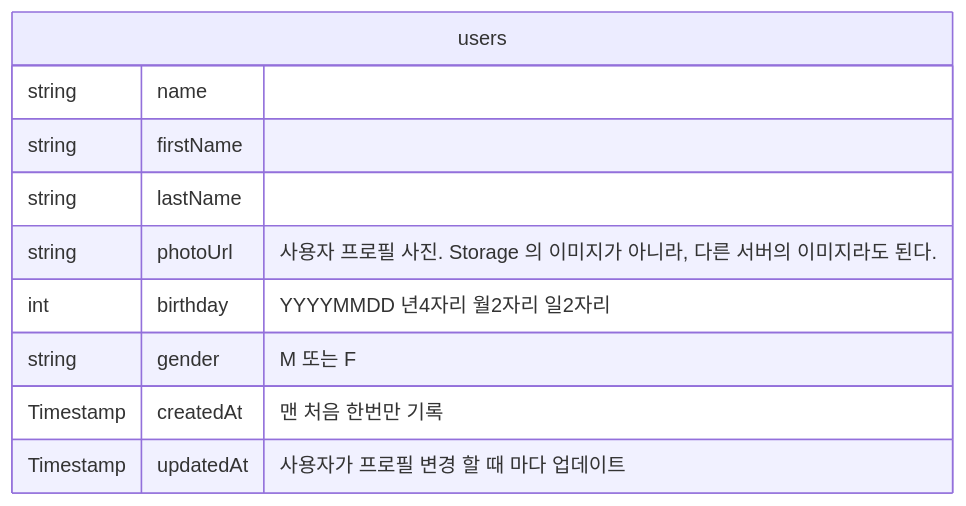
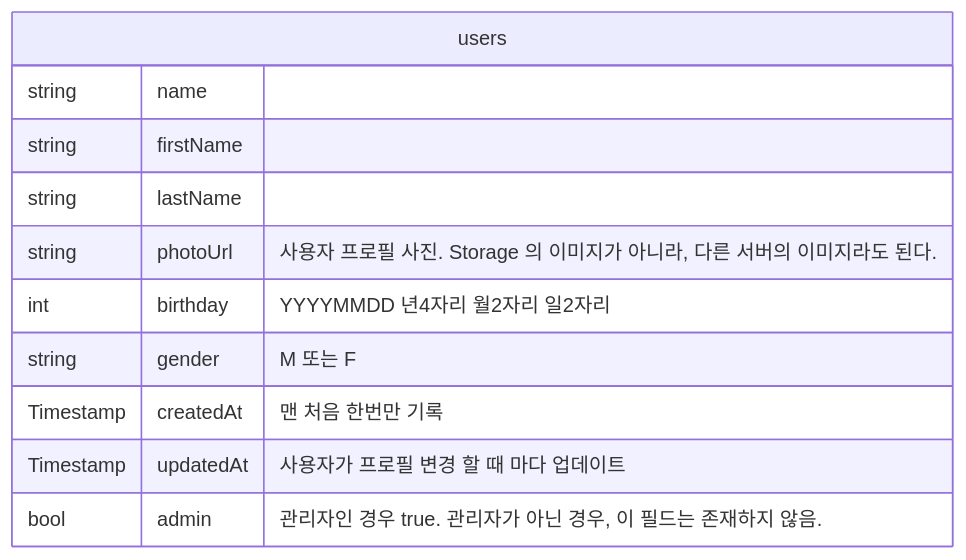
Before and after one commit to thruthesky/fireflutter: the first of 5 diagrams in README.md, drawn with Mermaid. The commit also changed other lines of this file and 1 other file, not shown here.

````diff
--- a/README.md
+++ b/README.md
@@ -175,13 +175,14 @@
 ```mermaid
 erDiagram
   users {
       string name
       string firstName
       string lastName
       string photoUrl "사용자 프로필 사진. Storage 의 이미지가 아니라, 다른 서버의 이미지라도 된다."
       int birthday "YYYYMMDD 년4자리 월2자리 일2자리"
       string gender "M 또는 F"
       Timestamp createdAt "맨 처음 한번만 기록"
       Timestamp updatedAt "사용자가 프로필 변경 할 때 마다 업데이트"
+      bool admin "관리자인 경우 true. 관리자가 아닌 경우, 이 필드는 존재하지 않음."
   }
 ```
````
